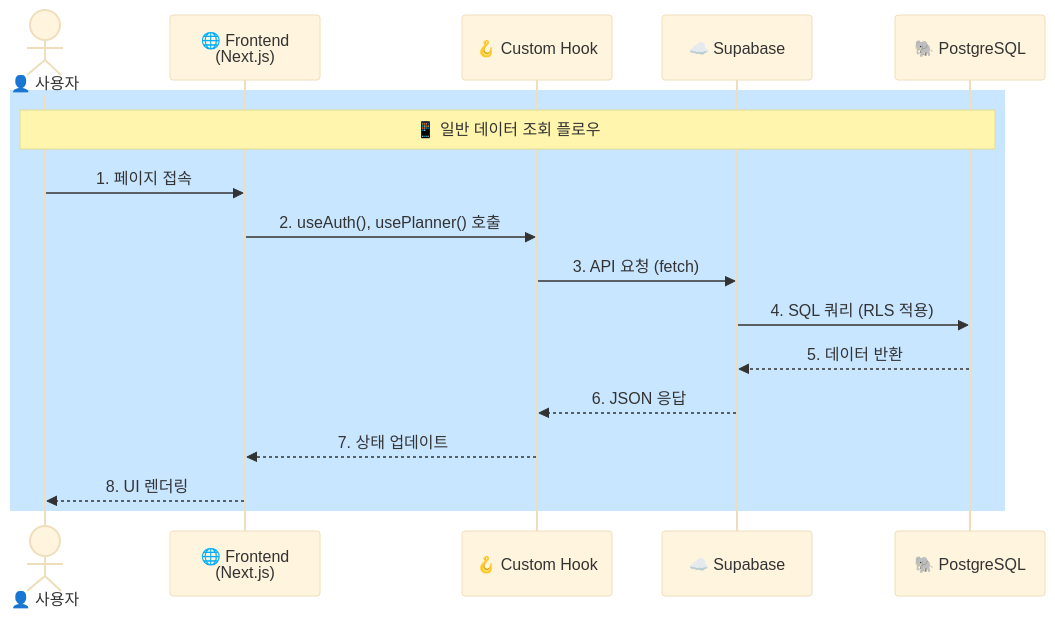
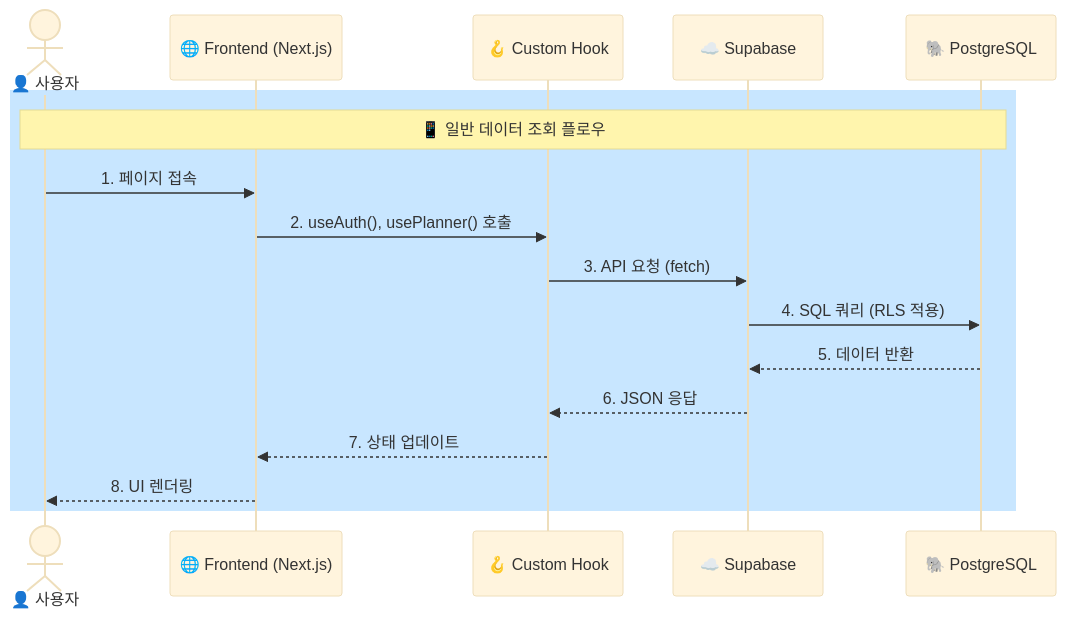
Before and after one commit to LYSS-LGU/wh07-3rd-Fetpal: the first of 9 diagrams in docs/04_시스템_아키텍처.md, drawn with Mermaid. The commit also changed other lines of this file and 1 other file, not shown here.

````diff
--- a/docs/04_시스템_아키텍처.md
+++ b/docs/04_시스템_아키텍처.md
@@ -25,21 +25,21 @@
 ```mermaid
 %%{init: {'theme':'base', 'themeVariables': { 'fontSize':'22px', 'fontFamily':'arial'}}}%%
 sequenceDiagram
     actor User as 👤 사용자
-    participant FE as 🌐 Frontend<br/>(Next.js)
+    participant FE as 🌐 Frontend (Next.js)
     participant Hook as 🪝 Custom Hook
     participant Supa as ☁️ Supabase
     participant DB as 🐘 PostgreSQL
 
     rect rgb(200, 230, 255)
         Note over User,DB: 📱 일반 데이터 조회 플로우
         User->>FE: 1. 페이지 접속
         FE->>Hook: 2. useAuth(), usePlanner() 호출
         Hook->>Supa: 3. API 요청 (fetch)
         Supa->>DB: 4. SQL 쿼리 (RLS 적용)
         DB-->>Supa: 5. 데이터 반환
         Supa-->>Hook: 6. JSON 응답
         Hook-->>FE: 7. 상태 업데이트
         FE-->>User: 8. UI 렌더링
     end
 ```
````
